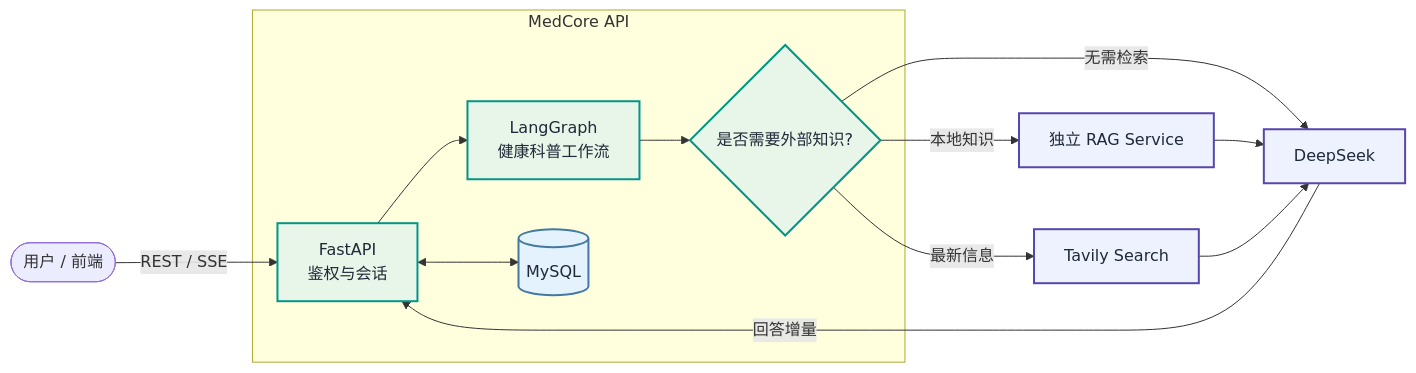
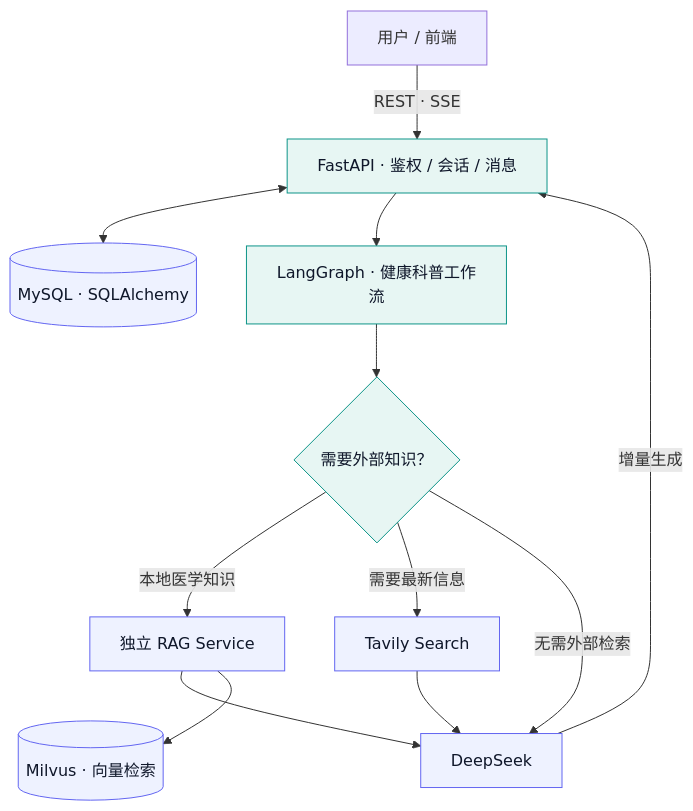
One commit to lshan02508-ai/MedCore changed the first of 2 diagrams in README.md. Above: the diagram before and after it, drawn with Mermaid. The commit also changed other lines of this file, not shown here.

````diff
--- a/README.md
+++ b/README.md
@@ -125,24 +54,19 @@
 ```mermaid
-flowchart LR
-    U([用户 / 前端]) -->|REST / SSE| API
-
-    subgraph CORE[MedCore API]
-        API[FastAPI<br/>鉴权与会话] --> GRAPH[LangGraph<br/>健康科普工作流]
-        API <--> DB[(MySQL)]
-        GRAPH --> ROUTER{是否需要外部知识?}
-    end
-
-    ROUTER -->|本地知识| RAG[独立 RAG Service]
-    ROUTER -->|最新信息| WEB[Tavily Search]
-    ROUTER -->|无需检索| LLM[DeepSeek]
+flowchart TB
+    U["用户 / 前端"] -->|"REST · SSE"| API["FastAPI · 鉴权 / 会话 / 消息"]
+    API <--> DB[("MySQL · SQLAlchemy")]
+    API --> G["LangGraph · 健康科普工作流"]
+    G --> ROUTE{"需要外部知识？"}
+    ROUTE -->|"本地医学知识"| RAG["独立 RAG Service"]
+    ROUTE -->|"需要最新信息"| WEB["Tavily Search"]
+    ROUTE -->|"无需外部检索"| LLM["DeepSeek"]
     RAG --> LLM
     WEB --> LLM
-    LLM -->|回答增量| API
+    LLM -->|"增量生成"| API
+    RAG --> MILVUS[("Milvus · 向量检索")]
 
-    classDef primary fill:#e8f5e9,stroke:#009688,stroke-width:2px,color:#1f2937;
-    classDef service fill:#eef2ff,stroke:#5746af,stroke-width:2px,color:#1f2937;
-    classDef storage fill:#e3f2fd,stroke:#4479a1,stroke-width:2px,color:#1f2937;
-    class API,GRAPH,ROUTER primary;
-    class RAG,WEB,LLM service;
-    class DB storage;
+    classDef core fill:#e7f6f3,stroke:#0d9488,color:#0f172a;
+    classDef infra fill:#eef2ff,stroke:#6366f1,color:#0f172a;
+    class API,G,ROUTE core;
+    class DB,MILVUS,RAG,WEB,LLM infra;
 ```
````
